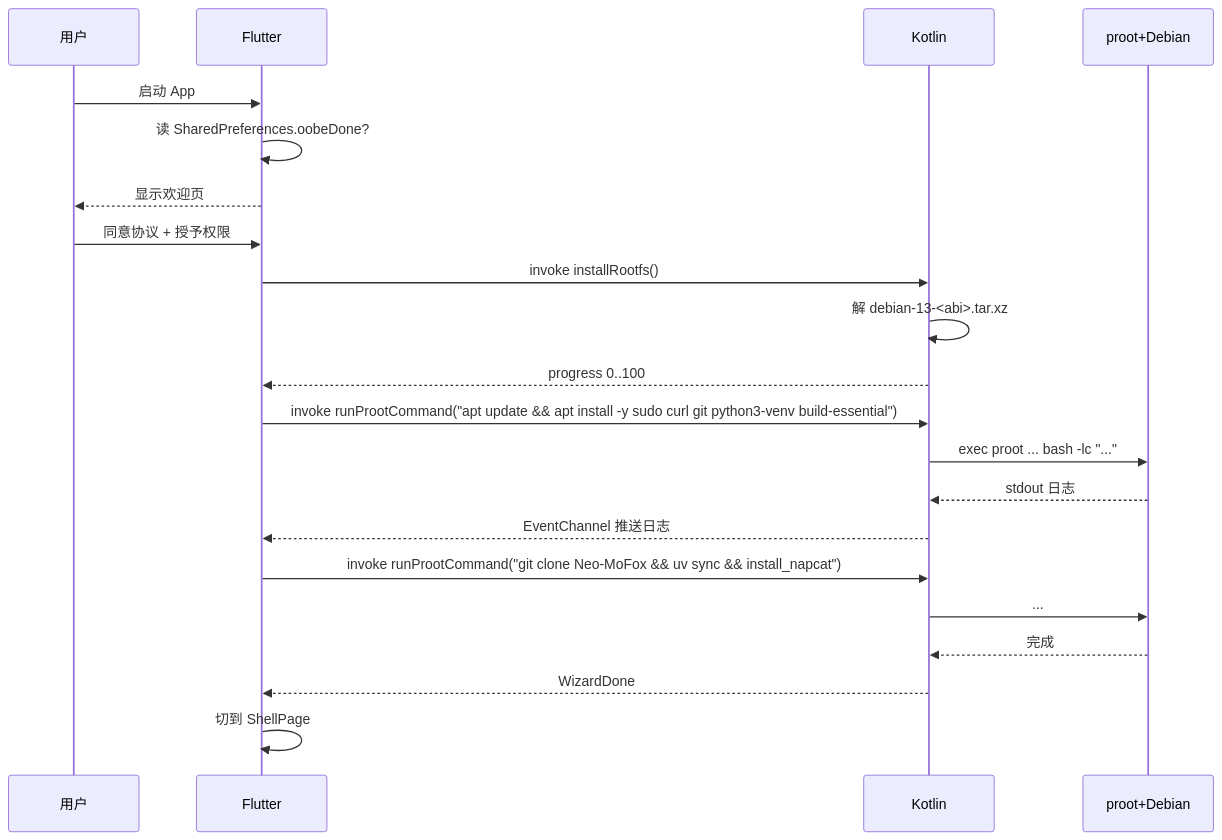
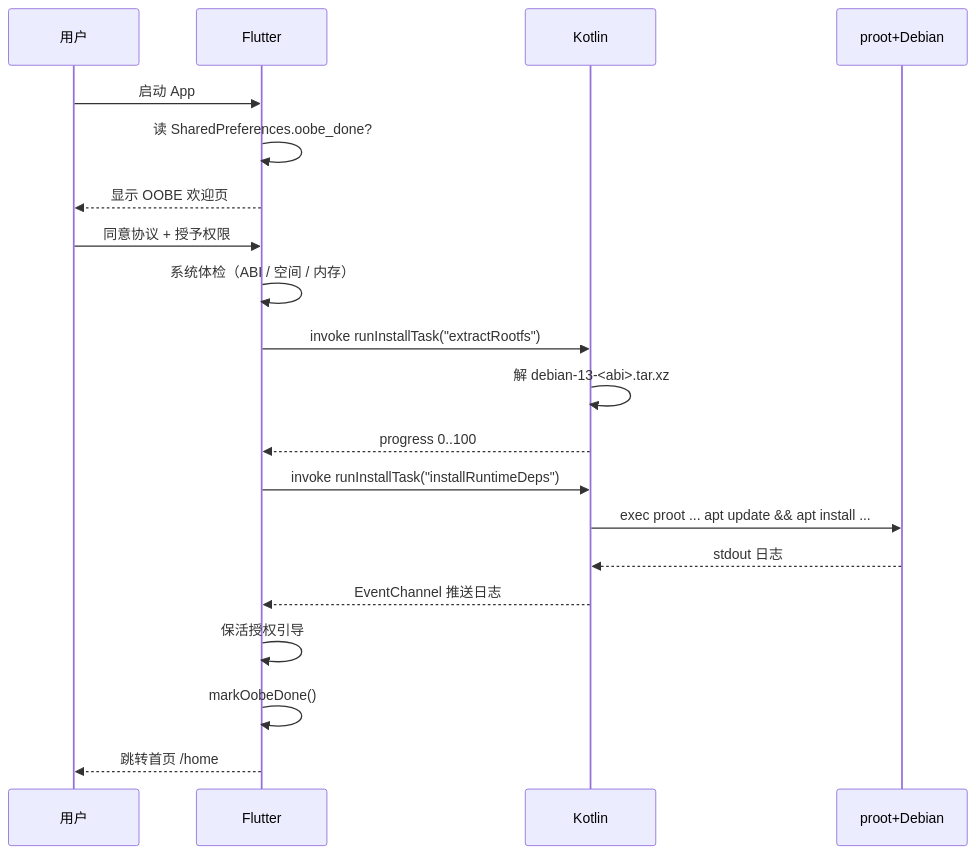
One commit to ikun-1145141/MoFox-Android changed the first of 4 diagrams in ARCHITECTURE.md. Above: the diagram before and after it, drawn with Mermaid. The commit also changed other lines of this file and 2 other files, not shown here.

````diff
--- a/ARCHITECTURE.md
+++ b/ARCHITECTURE.md
@@ -270,24 +389,23 @@
 ```mermaid
 sequenceDiagram
     participant U as 用户
     participant F as Flutter
     participant K as Kotlin
     participant P as proot+Debian
 
     U->>F: 启动 App
-    F->>F: 读 SharedPreferences.oobeDone?
-    F-->>U: 显示欢迎页
+    F->>F: 读 SharedPreferences.oobe_done?
+    F-->>U: 显示 OOBE 欢迎页
     U->>F: 同意协议 + 授予权限
-    F->>K: invoke installRootfs()
+    F->>F: 系统体检（ABI / 空间 / 内存）
+    F->>K: invoke runInstallTask("extractRootfs")
     K->>K: 解 debian-13-<abi>.tar.xz
     K-->>F: progress 0..100
-    F->>K: invoke runProotCommand("apt update && apt install -y sudo curl git python3-venv build-essential")
-    K->>P: exec proot ... bash -lc "..."
+    F->>K: invoke runInstallTask("installRuntimeDeps")
+    K->>P: exec proot ... apt update && apt install ...
     P-->>K: stdout 日志
     K-->>F: EventChannel 推送日志
-    F->>K: invoke runProotCommand("git clone Neo-MoFox && uv sync && install_napcat")
-    K->>P: ...
-    P-->>K: 完成
-    K-->>F: WizardDone
-    F->>F: 切到 ShellPage
+    F->>F: 保活授权引导
+    F->>F: markOobeDone()
+    F-->>U: 跳转首页 /home
 ```
````
